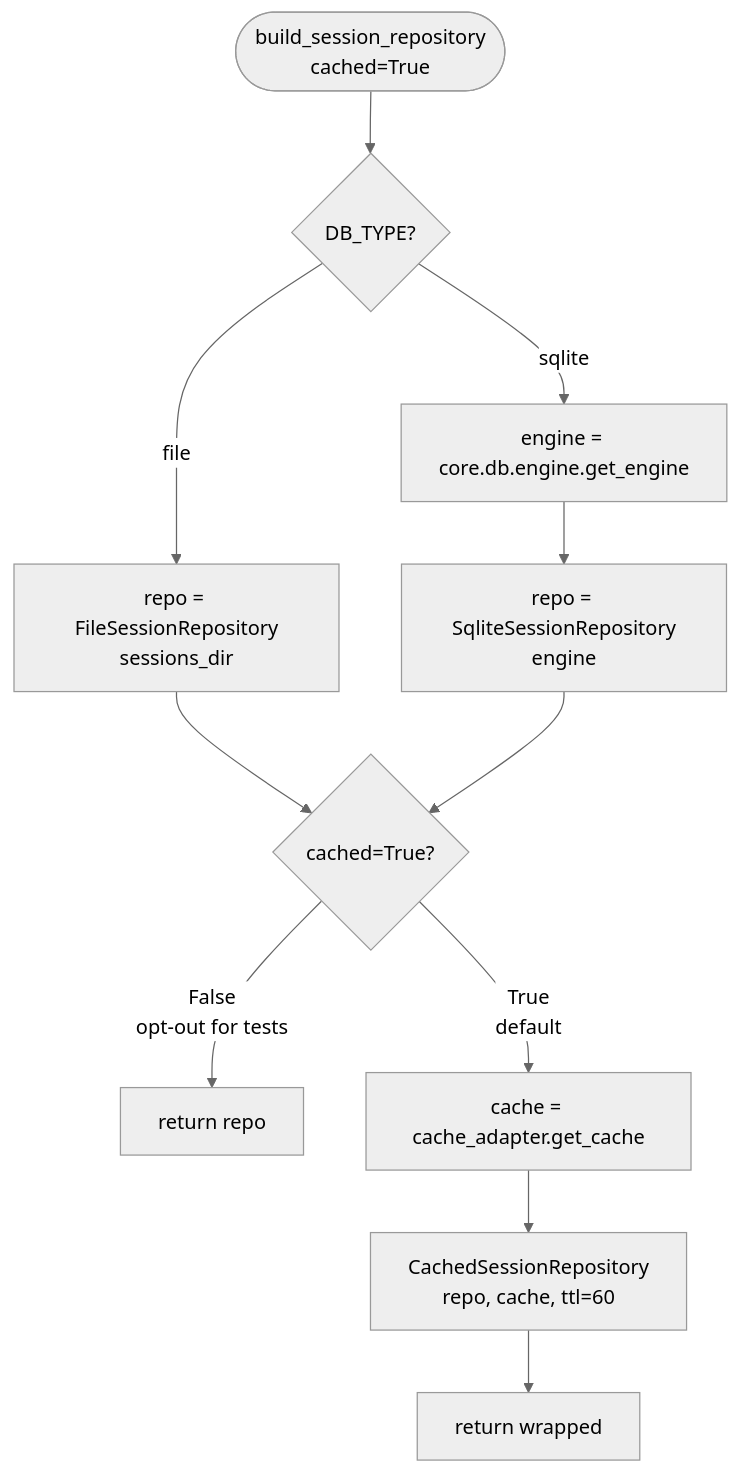
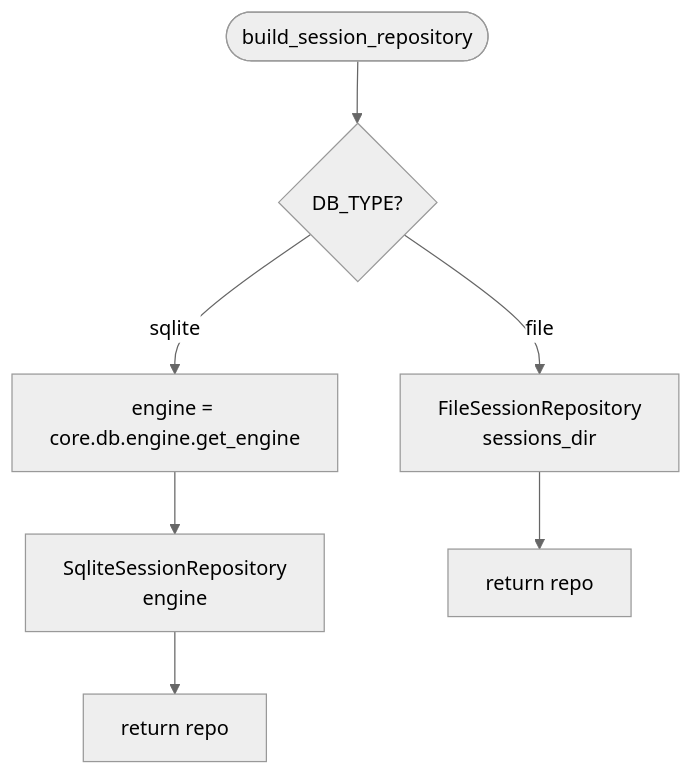
Diagram 11 of 13 in docs/architecture-c4.md (YU-JI-KUI/ark-agentic), drawn with Mermaid (neutral theme) before and after one commit. The commit also changed other lines of this file, not shown here.

First line of the commit message:
docs: refresh C4 diagrams for cache removal + per-feature DeclarativeBase

````diff
--- a/docs/architecture-c4.md
+++ b/docs/architecture-c4.md
@@ -545,13 +450,9 @@
 ```mermaid
 flowchart TD
-    Start([build_session_repository<br/>cached=True]) --> ReadEnv{DB_TYPE?}
-    ReadEnv -->|file| MakeFile[repo = FileSessionRepository<br/>sessions_dir]
+    Start([build_session_repository]) --> ReadEnv{DB_TYPE?}
+    ReadEnv -->|file| MakeFile[FileSessionRepository<br/>sessions_dir]
     ReadEnv -->|sqlite| GetEng[engine = core.db.engine.get_engine]
-    GetEng --> MakeSqlite[repo = SqliteSessionRepository<br/>engine]
-    MakeFile --> CheckCache{cached=True?}
-    MakeSqlite --> CheckCache
-    CheckCache -->|False<br/>opt-out for tests| ReturnRaw[return repo]
-    CheckCache -->|True<br/>default| GetCache[cache = cache_adapter.get_cache]
-    GetCache --> Wrap[CachedSessionRepository<br/>repo, cache, ttl=60]
-    Wrap --> ReturnWrapped[return wrapped]
+    GetEng --> MakeSqlite[SqliteSessionRepository<br/>engine]
+    MakeFile --> ReturnA[return repo]
+    MakeSqlite --> ReturnB[return repo]
 ```
````
